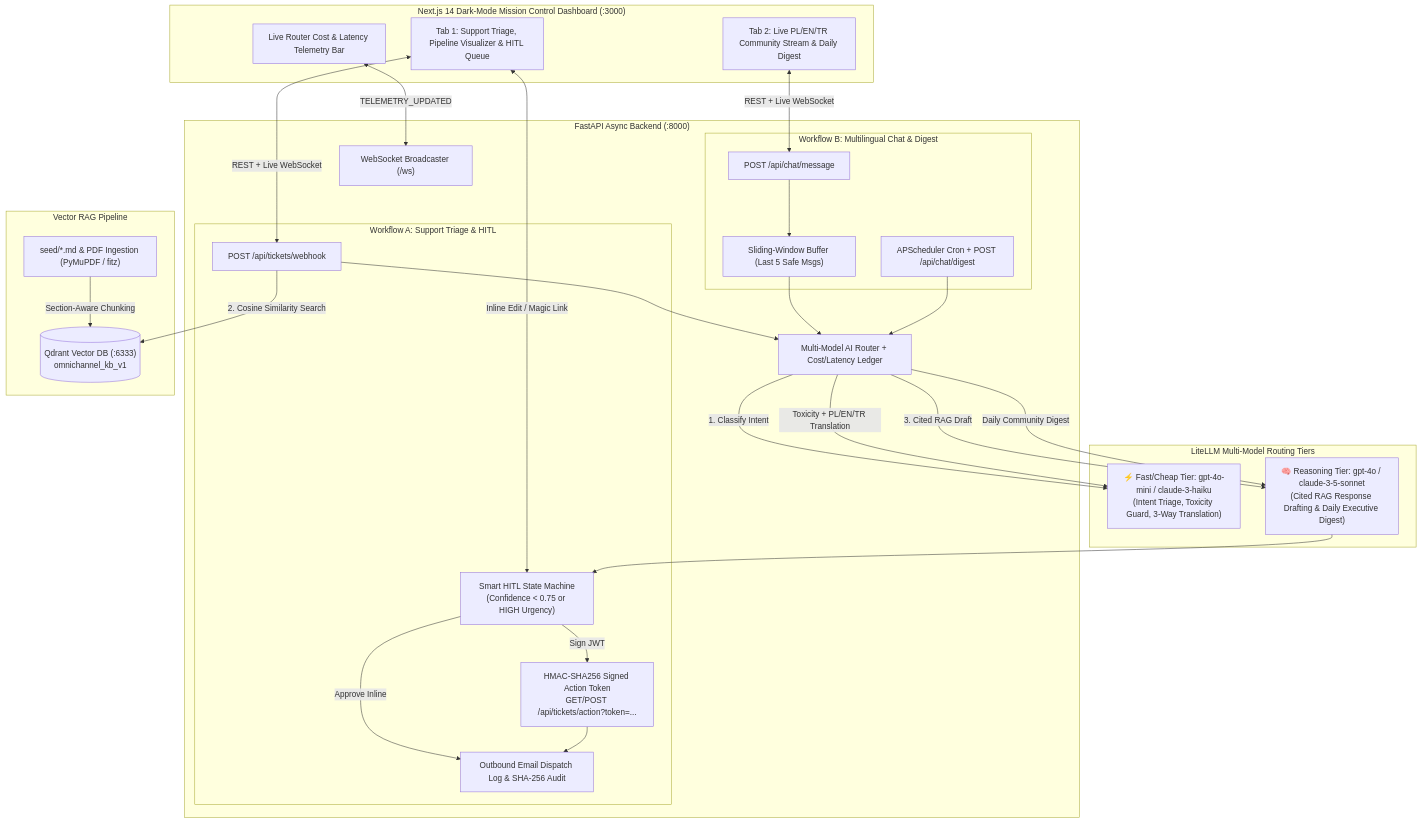
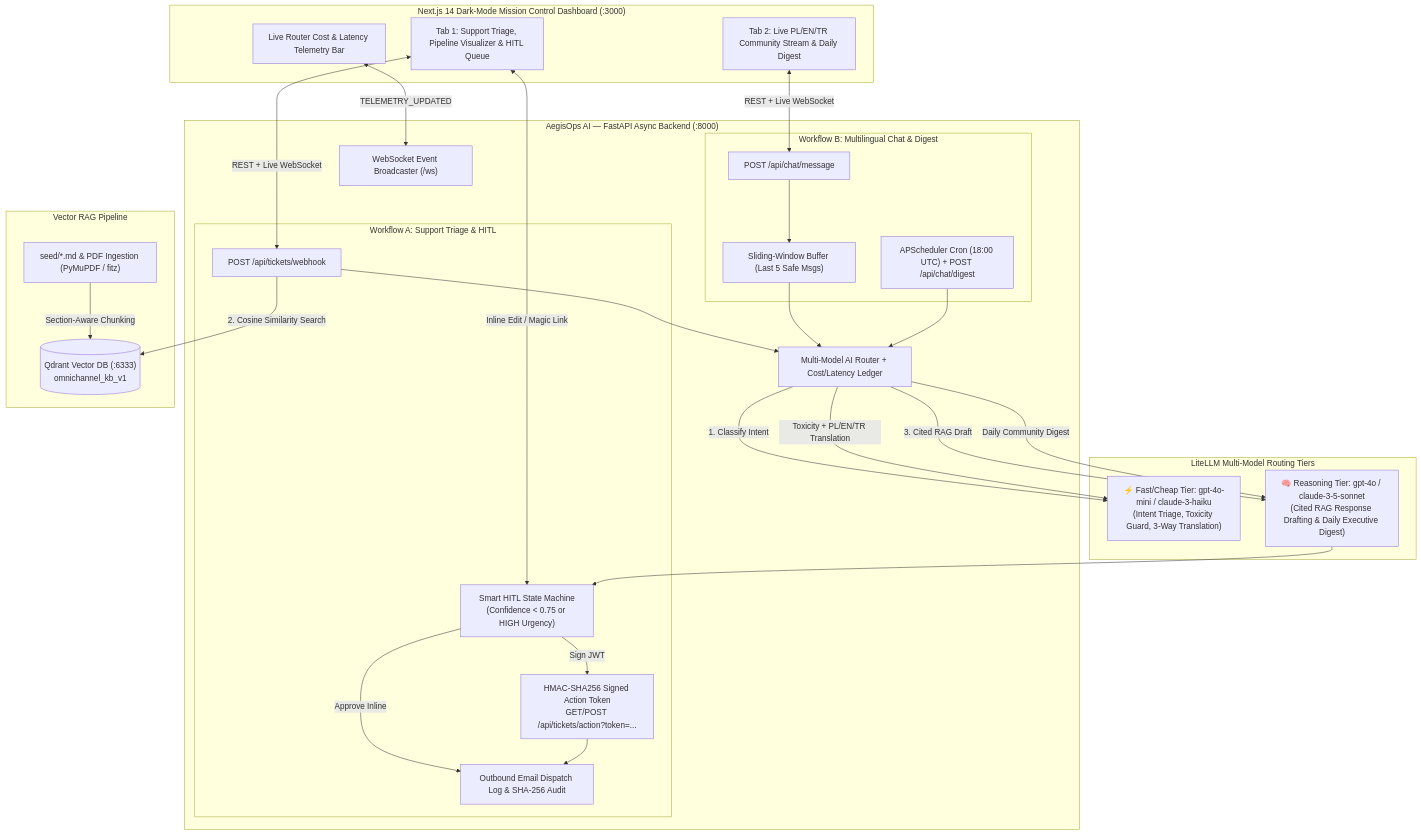
Before and after one commit to batusayd/aegisops-ai: the first of 3 diagrams in README.md, drawn with Mermaid. The commit also changed other lines of this file and 3 other files, not shown here.

Commit message:
docs: polish English README and unify AegisOps AI branding across UI and API

````diff
--- a/README.md
+++ b/README.md
@@ -39,57 +75,57 @@
 ```mermaid
 flowchart TD
     subgraph Client["Next.js 14 Dark-Mode Mission Control Dashboard (:3000)"]
         Header["Live Router Cost & Latency Telemetry Bar"]
         TabA["Tab 1: Support Triage, Pipeline Visualizer & HITL Queue"]
         TabB["Tab 2: Live PL/EN/TR Community Stream & Daily Digest"]
     end
 
-    subgraph Backend["FastAPI Async Backend (:8000)"]
-        WS["WebSocket Broadcaster (/ws)"]
+    subgraph Backend["AegisOps AI — FastAPI Async Backend (:8000)"]
+        WS["WebSocket Event Broadcaster (/ws)"]
         RouterSvc["Multi-Model AI Router + Cost/Latency Ledger"]
         
         subgraph WorkflowA["Workflow A: Support Triage & HITL"]
             Webhook["POST /api/tickets/webhook"]
             HITL["Smart HITL State Machine\n(Confidence < 0.75 or HIGH Urgency)"]
             MagicLink["HMAC-SHA256 Signed Action Token\nGET/POST /api/tickets/action?token=..."]
             EmailSim["Outbound Email Dispatch Log & SHA-256 Audit"]
         end
 
         subgraph WorkflowB["Workflow B: Multilingual Chat & Digest"]
             ChatIngest["POST /api/chat/message"]
             SlidingWin["Sliding-Window Buffer (Last 5 Safe Msgs)"]
-            CronJob["APScheduler Cron + POST /api/chat/digest"]
+            CronJob["APScheduler Cron (18:00 UTC) + POST /api/chat/digest"]
         end
     end
 
     subgraph AIModels["LiteLLM Multi-Model Routing Tiers"]
         FastLLM["⚡ Fast/Cheap Tier: gpt-4o-mini / claude-3-haiku\n(Intent Triage, Toxicity Guard, 3-Way Translation)"]
         ReasonLLM["🧠 Reasoning Tier: gpt-4o / claude-3-5-sonnet\n(Cited RAG Response Drafting & Daily Executive Digest)"]
     end
 
     subgraph VectorDB["Vector RAG Pipeline"]
         SeedDocs["seed/*.md & PDF Ingestion (PyMuPDF / fitz)"]
         Qdrant[("Qdrant Vector DB (:6333)\nomnichannel_kb_v1")]
     end
 
     TabA <-->|REST + Live WebSocket| Webhook
     TabA <-->|Inline Edit / Magic Link| HITL
     TabB <-->|REST + Live WebSocket| ChatIngest
     Header <-->|TELEMETRY_UPDATED| WS
 
     SeedDocs -->|Section-Aware Chunking| Qdrant
     Webhook --> RouterSvc
     RouterSvc -->|1. Classify Intent| FastLLM
     Webhook -->|2. Cosine Similarity Search| Qdrant
     RouterSvc -->|3. Cited RAG Draft| ReasonLLM
     ReasonLLM --> HITL
     HITL -->|Approve Inline| EmailSim
     HITL -->|Sign JWT| MagicLink
     MagicLink --> EmailSim
 
     ChatIngest --> SlidingWin
     SlidingWin --> RouterSvc
     RouterSvc -->|Toxicity + PL/EN/TR Translation| FastLLM
     CronJob --> RouterSvc
     RouterSvc -->|Daily Community Digest| ReasonLLM
 ```
````
